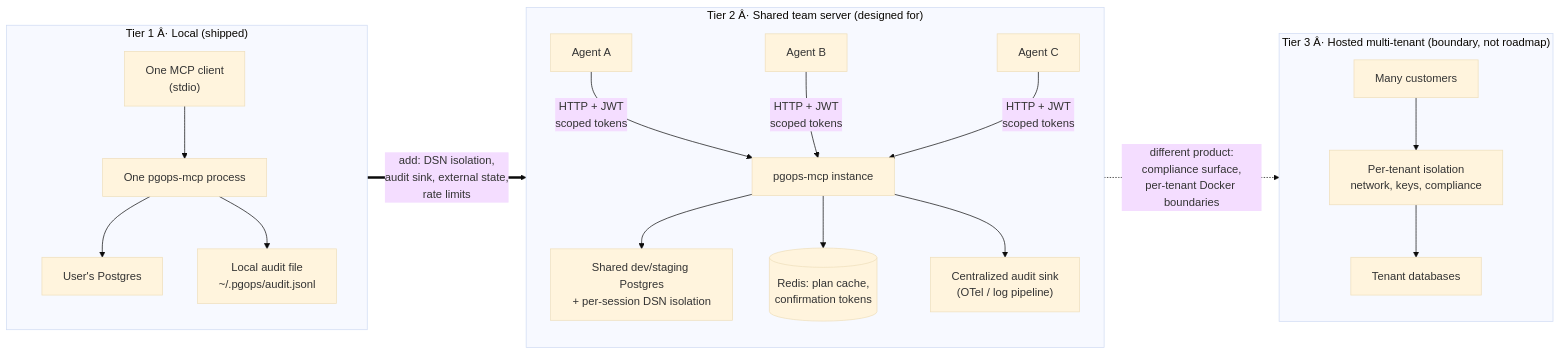
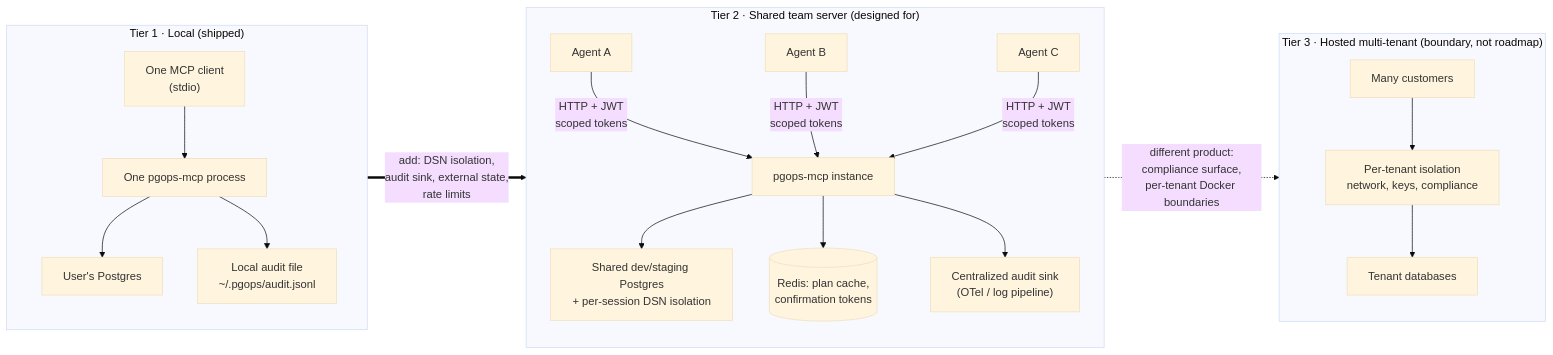
The fourth of 4 diagrams in internal/SYSTEM_DESIGN.md (arzharch/pgops-mcp), drawn with Mermaid (base theme) before and after one commit. The commit also changed other lines of this file and 6 other files, not shown here.

````diff
--- a/internal/SYSTEM_DESIGN.md
+++ b/internal/SYSTEM_DESIGN.md
@@ -131,24 +131,24 @@
 ```mermaid
 flowchart LR
-    subgraph T1["Tier 1 Â· Local (shipped)"]
+    subgraph T1["Tier 1 · Local (shipped)"]
         direction TB
         C1["One MCP client<br/>(stdio)"] --> S1["One pgops-mcp process"] --> D1["User's Postgres"]
         S1 --> A1["Local audit file<br/>~/.pgops/audit.jsonl"]
     end
 
-    subgraph T2["Tier 2 Â· Shared team server (designed for)"]
+    subgraph T2["Tier 2 · Shared team server (designed for)"]
         direction TB
         C2a["Agent A"] & C2b["Agent B"] & C2c["Agent C"] -->|"HTTP + JWT<br/>scoped tokens"| S2["pgops-mcp instance"]
         S2 --> D2["Shared dev/staging Postgres<br/>+ per-session DSN isolation"]
         S2 --> R[("Redis: plan cache,<br/>confirmation tokens")]
         S2 --> A2["Centralized audit sink<br/>(OTel / log pipeline)"]
     end
 
-    subgraph T3["Tier 3 Â· Hosted multi-tenant (boundary, not roadmap)"]
+    subgraph T3["Tier 3 · Hosted multi-tenant (boundary, not roadmap)"]
         direction TB
         C3["Many customers"] --> S3["Per-tenant isolation<br/>network, keys, compliance"] --> D3["Tenant databases"]
     end
 
     T1 ==>|"add: DSN isolation,<br/>audit sink, external state,<br/>rate limits"| T2
     T2 -.->|"different product:<br/>compliance surface,<br/>per-tenant Docker boundaries"| T3
 ```
````
